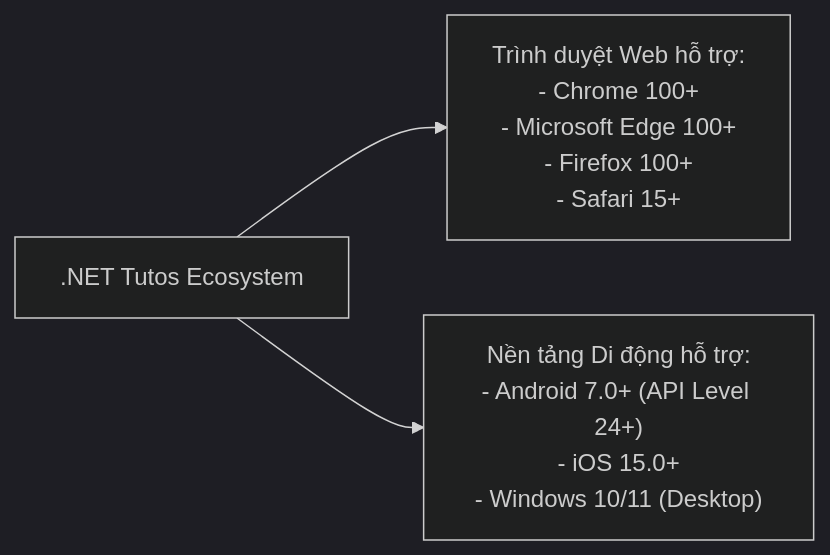
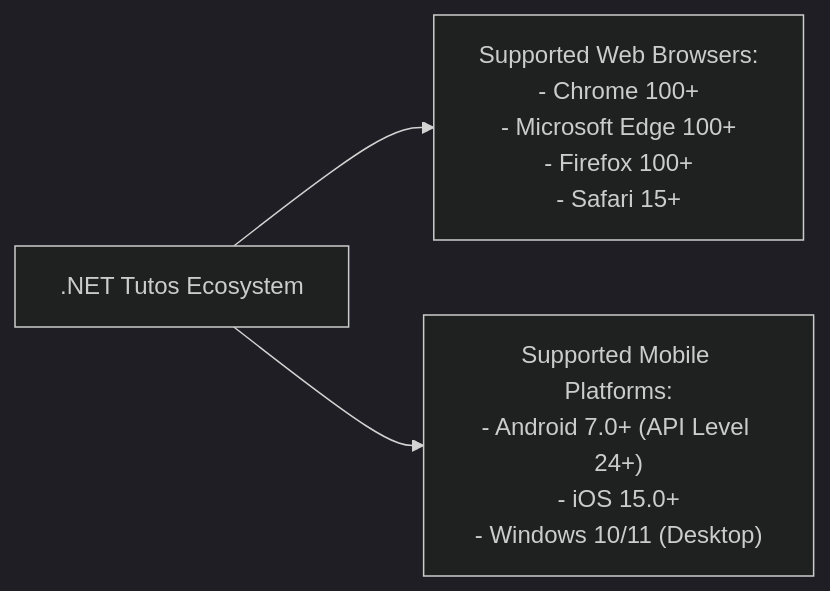
One commit to KaitoDeus/NET-Tutos changed the second of 2 diagrams in docs/04_non_functional_requirements.md. Above: the diagram before and after it, drawn with Mermaid (dark theme). The commit also changed other lines of this file and 5 other files, not shown here.

````diff
--- a/docs/04_non_functional_requirements.md
+++ b/docs/04_non_functional_requirements.md
@@ -71,6 +72,6 @@
 ```mermaid
 graph LR
     System[".NET Tutos Ecosystem"]
-    System --> WebBrowsers["Trình duyệt Web hỗ trợ:<br/>- Chrome 100+<br/>- Microsoft Edge 100+<br/>- Firefox 100+<br/>- Safari 15+"]
-    System --> MobilePlatforms["Nền tảng Di động hỗ trợ:<br/>- Android 7.0+ (API Level 24+)<br/>- iOS 15.0+<br/>- Windows 10/11 (Desktop)"]
+    System --> WebBrowsers["Supported Web Browsers:<br/>- Chrome 100+<br/>- Microsoft Edge 100+<br/>- Firefox 100+<br/>- Safari 15+"]
+    System --> MobilePlatforms["Supported Mobile Platforms:<br/>- Android 7.0+ (API Level 24+)<br/>- iOS 15.0+<br/>- Windows 10/11 (Desktop)"]
 ```
````
